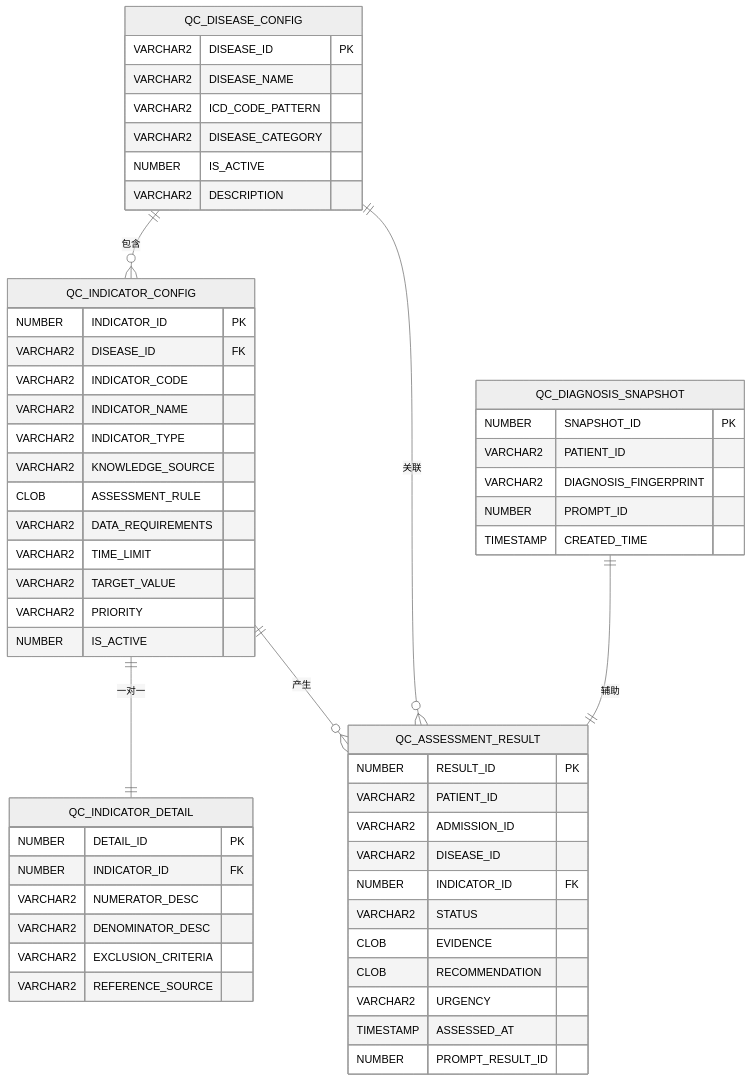
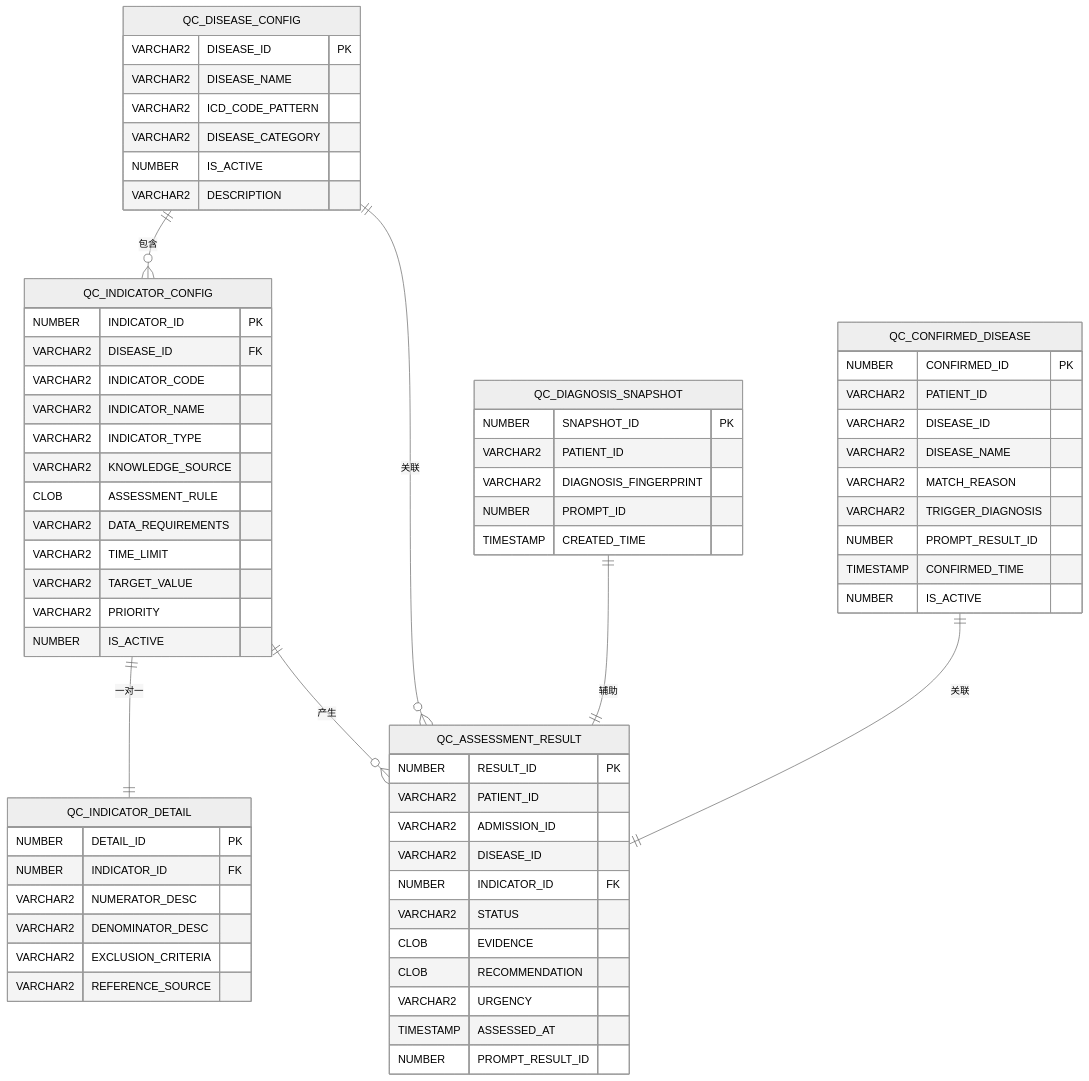
Before and after one commit to liuzh2008/med_ai_assistant_workspace: the fifth of 10 diagrams in .qoder/repowiki/zh/content/QC评估引擎.md, drawn with Mermaid (neutral theme). The commit also changed other lines of this file and 5 other files, not shown here.

Commit message:
v0.8.048: 实现质控评估重新分析功能（QcAssessmentService + POST /api/qc/assessment/{patientId}/reanalyze）

````diff
--- a/.qoder/repowiki/zh/content/QC评估引擎.md
+++ b/.qoder/repowiki/zh/content/QC评估引擎.md
@@ -250,58 +309,70 @@
 ```mermaid
 erDiagram
 QC_DISEASE_CONFIG {
 VARCHAR2 DISEASE_ID PK
 VARCHAR2 DISEASE_NAME
 VARCHAR2 ICD_CODE_PATTERN
 VARCHAR2 DISEASE_CATEGORY
 NUMBER IS_ACTIVE
 VARCHAR2 DESCRIPTION
 }
 QC_INDICATOR_CONFIG {
 NUMBER INDICATOR_ID PK
 VARCHAR2 DISEASE_ID FK
 VARCHAR2 INDICATOR_CODE
 VARCHAR2 INDICATOR_NAME
 VARCHAR2 INDICATOR_TYPE
 VARCHAR2 KNOWLEDGE_SOURCE
 CLOB ASSESSMENT_RULE
 VARCHAR2 DATA_REQUIREMENTS
 VARCHAR2 TIME_LIMIT
 VARCHAR2 TARGET_VALUE
 VARCHAR2 PRIORITY
 NUMBER IS_ACTIVE
 }
 QC_INDICATOR_DETAIL {
 NUMBER DETAIL_ID PK
 NUMBER INDICATOR_ID FK
 VARCHAR2 NUMERATOR_DESC
 VARCHAR2 DENOMINATOR_DESC
 VARCHAR2 EXCLUSION_CRITERIA
 VARCHAR2 REFERENCE_SOURCE
 }
 QC_ASSESSMENT_RESULT {
 NUMBER RESULT_ID PK
 VARCHAR2 PATIENT_ID
 VARCHAR2 ADMISSION_ID
 VARCHAR2 DISEASE_ID
 NUMBER INDICATOR_ID FK
 VARCHAR2 STATUS
 CLOB EVIDENCE
 CLOB RECOMMENDATION
 VARCHAR2 URGENCY
 TIMESTAMP ASSESSED_AT
 NUMBER PROMPT_RESULT_ID
 }
 QC_DIAGNOSIS_SNAPSHOT {
 NUMBER SNAPSHOT_ID PK
 VARCHAR2 PATIENT_ID
 VARCHAR2 DIAGNOSIS_FINGERPRINT
 NUMBER PROMPT_ID
 TIMESTAMP CREATED_TIME
 }
+QC_CONFIRMED_DISEASE {
+NUMBER CONFIRMED_ID PK
+VARCHAR2 PATIENT_ID
+VARCHAR2 DISEASE_ID
+VARCHAR2 DISEASE_NAME
+VARCHAR2 MATCH_REASON
+VARCHAR2 TRIGGER_DIAGNOSIS
+NUMBER PROMPT_RESULT_ID
+TIMESTAMP CONFIRMED_TIME
+NUMBER IS_ACTIVE
+}
 QC_DISEASE_CONFIG ||--o{ QC_INDICATOR_CONFIG : "包含"
 QC_INDICATOR_CONFIG ||--|| QC_INDICATOR_DETAIL : "一对一"
 QC_INDICATOR_CONFIG ||--o{ QC_ASSESSMENT_RESULT : "产生"
 QC_DISEASE_CONFIG ||--o{ QC_ASSESSMENT_RESULT : "关联"
 QC_DIAGNOSIS_SNAPSHOT ||--|| QC_ASSESSMENT_RESULT : "辅助"
+QC_CONFIRMED_DISEASE ||--|| QC_ASSESSMENT_RESULT : "关联"
 ```
````
